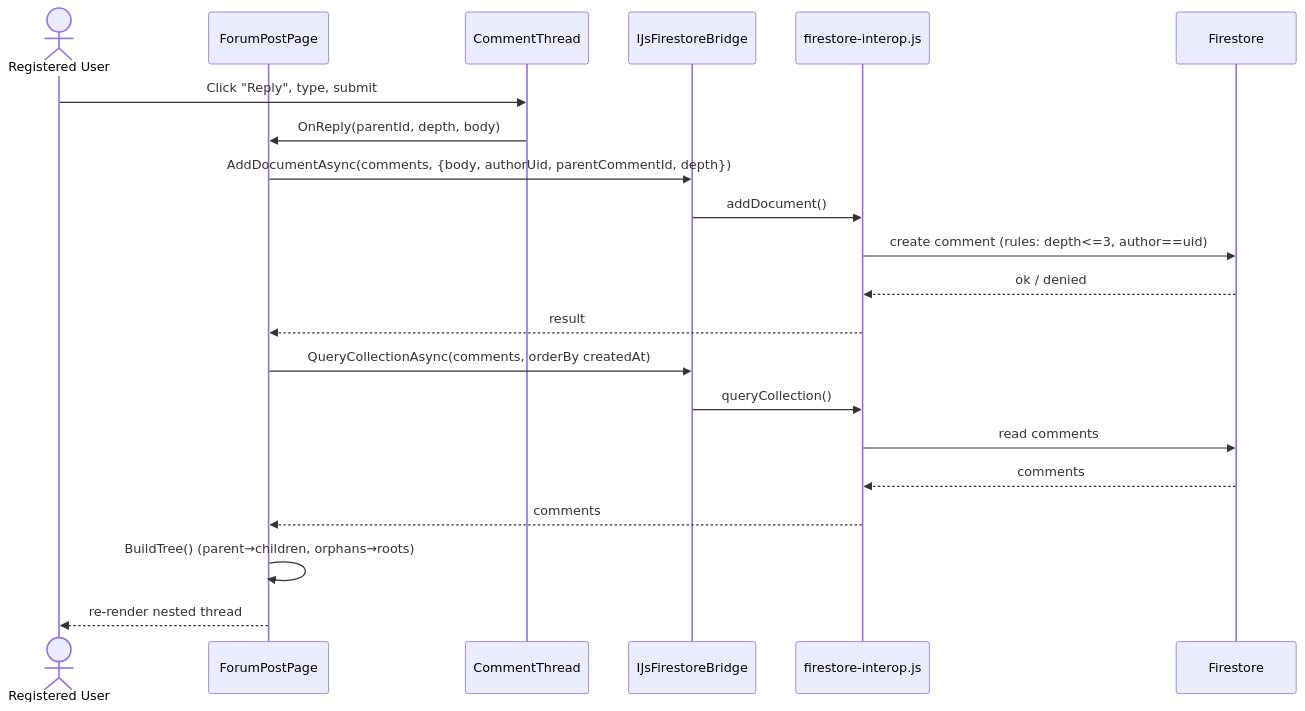
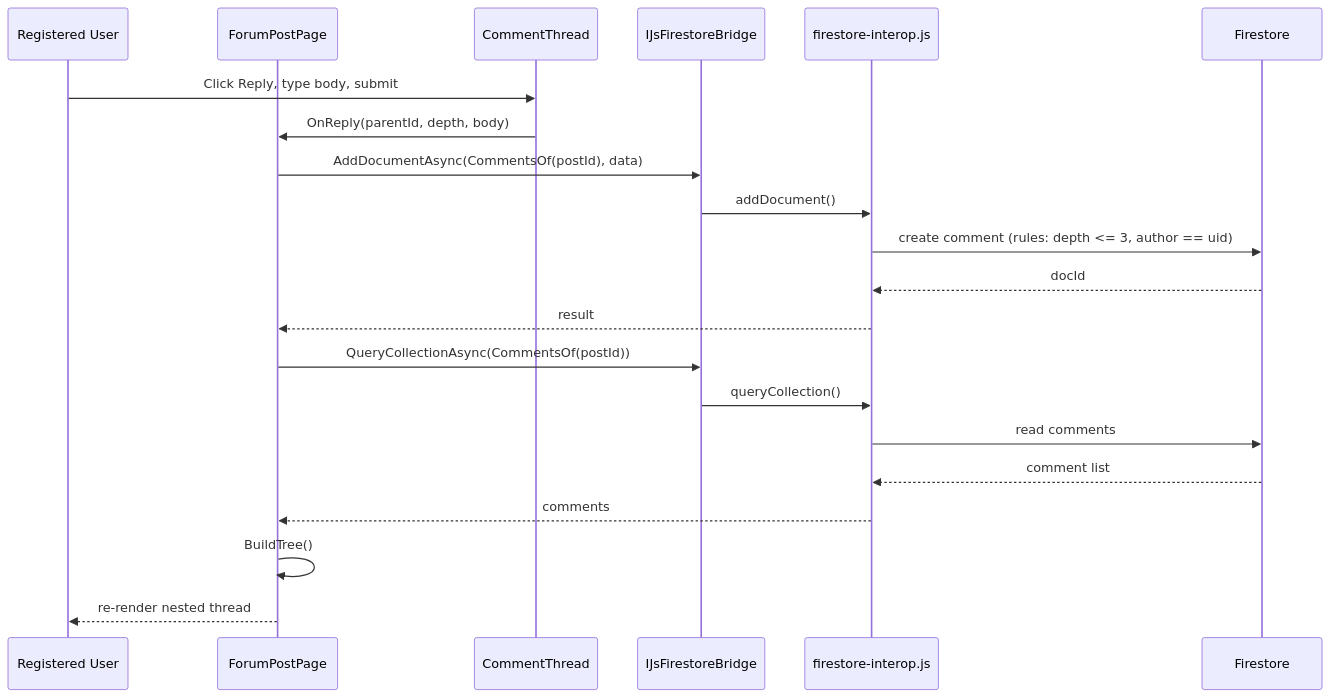
The eighth of 19 diagrams in DESIGN.md (codeHannan/Hardware-Diagnostic-Platform-Blazor), drawn with Mermaid before and after one commit. The commit also changed other lines of this file and 38 other files, not shown here.

````diff
--- a/DESIGN.md
+++ b/DESIGN.md
@@ -684,24 +778,24 @@
 ```mermaid
 sequenceDiagram
-    actor U as Registered User
+    participant U as Registered User
     participant Page as ForumPostPage
     participant Thread as CommentThread
     participant FS as IJsFirestoreBridge
     participant JS as firestore-interop.js
     participant DB as Firestore
 
-    U->>Thread: Click "Reply", type, submit
+    U->>Thread: Click Reply, type body, submit
     Thread->>Page: OnReply(parentId, depth, body)
-    Page->>FS: AddDocumentAsync(comments, {body, authorUid, parentCommentId, depth})
+    Page->>FS: AddDocumentAsync(CommentsOf(postId), data)
     FS->>JS: addDocument()
-    JS->>DB: create comment (rules: depth<=3, author==uid)
-    DB-->>JS: ok / denied
+    JS->>DB: create comment (rules: depth <= 3, author == uid)
+    DB-->>JS: docId
     JS-->>Page: result
-    Page->>FS: QueryCollectionAsync(comments, orderBy createdAt)
+    Page->>FS: QueryCollectionAsync(CommentsOf(postId))
     FS->>JS: queryCollection()
     JS->>DB: read comments
-    DB-->>JS: comments
+    DB-->>JS: comment list
     JS-->>Page: comments
-    Page->>Page: BuildTree() (parent→children, orphans→roots)
+    Page->>Page: BuildTree()
     Page-->>U: re-render nested thread
 ```
````
